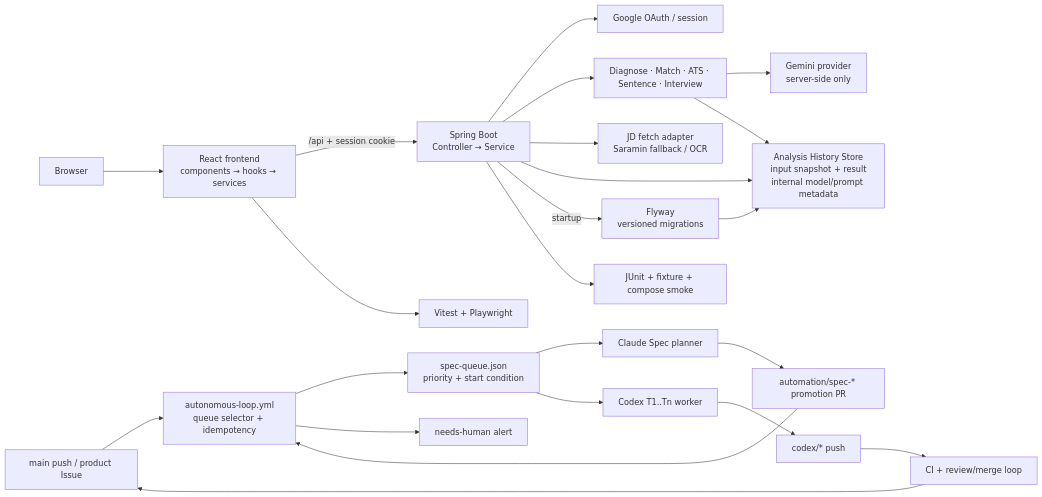
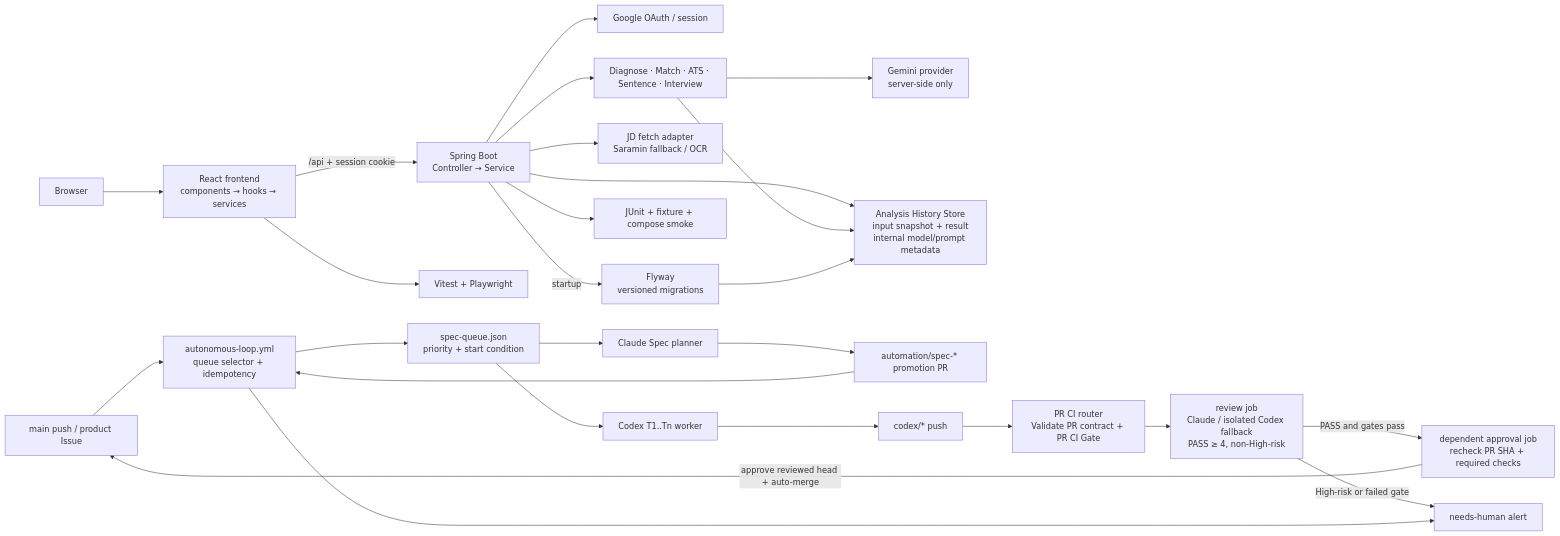
Before and after one commit to silverThunder09/jdsnack-agent-os-project: the diagram in docs/architecture/system-overview.md, drawn with Mermaid. The commit also changed 32 other files, not shown here.

````diff
--- a/docs/architecture/system-overview.md
+++ b/docs/architecture/system-overview.md
@@ -22,26 +22,29 @@
 ```mermaid
 flowchart LR
   Browser["Browser"] --> Frontend["React frontend\ncomponents → hooks → services"]
   Frontend -->|"/api + session cookie"| Backend["Spring Boot\nController → Service"]
   Backend --> Auth["Google OAuth / session"]
   Backend --> Analysis["Diagnose · Match · ATS · Sentence · Interview"]
   Backend --> Jd["JD fetch adapter\nSaramin fallback / OCR"]
   Analysis --> Gemini["Gemini provider\nserver-side only"]
   Backend --> Store["Analysis History Store\ninput snapshot + result\ninternal model/prompt metadata"]
   Analysis --> Store
   Backend -->|"startup"| Flyway["Flyway\nversioned migrations"]
   Flyway --> Store
   Backend --> Tests["JUnit + fixture + compose smoke"]
   Frontend --> UiTests["Vitest + Playwright"]
 
   MainPush["main push / product Issue"] --> AutoLoop["autonomous-loop.yml\nqueue selector + idempotency"]
   AutoLoop --> Queue["spec-queue.json\npriority + start condition"]
   Queue --> SpecPlanner["Claude Spec planner"]
   SpecPlanner --> SpecPR["automation/spec-* promotion PR"]
   SpecPR --> AutoLoop
   Queue --> Codex["Codex T1..Tn worker"]
   Codex --> Branch["codex/* push"]
-  Branch --> Review["CI + review/merge loop"]
-  Review --> MainPush
+  Branch --> PrContract["PR CI router\nValidate PR contract + PR CI Gate"]
+  PrContract --> Review["review job\nClaude / isolated Codex fallback\nPASS ≥ 4, non-High-risk"]
+  Review -->|PASS and gates pass| Approval["dependent approval job\nrecheck PR SHA + required checks"]
+  Approval -->|approve reviewed head + auto-merge| MainPush
+  Review -->|High-risk or failed gate| Human
   AutoLoop --> Human["needs-human alert"]
 ```
````
